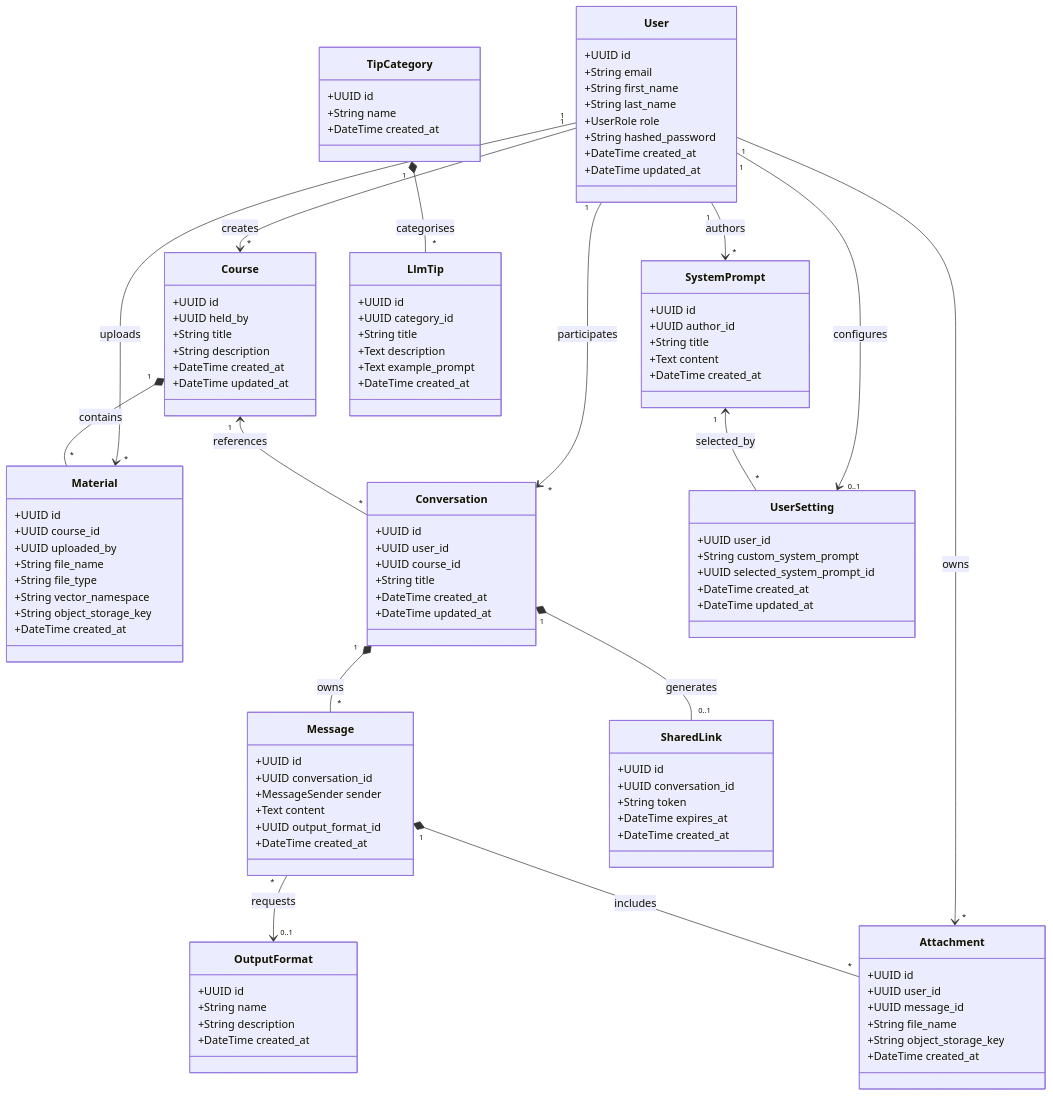
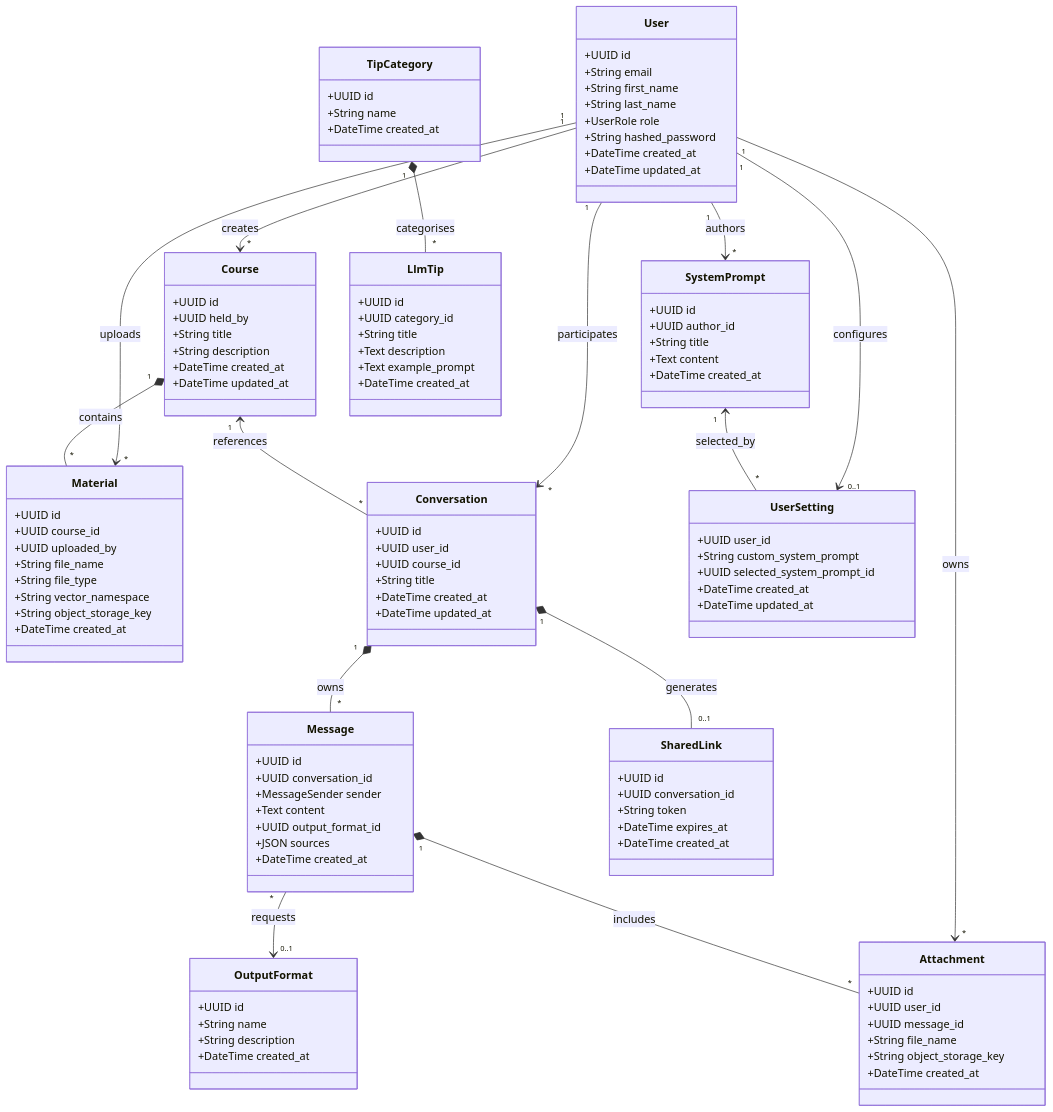
The second of 3 diagrams in DATABASE_SCHEMA.md (ULBS-cauci/backend), drawn with Mermaid before and after one commit. The commit also changed other lines of this file and 9 other files, not shown here.

```diff
--- a/DATABASE_SCHEMA.md
+++ b/DATABASE_SCHEMA.md
@@ -205,6 +229,7 @@
         +MessageSender sender
         +Text content
         +UUID output_format_id
+        +JSON sources
         +DateTime created_at
     }
 
```
